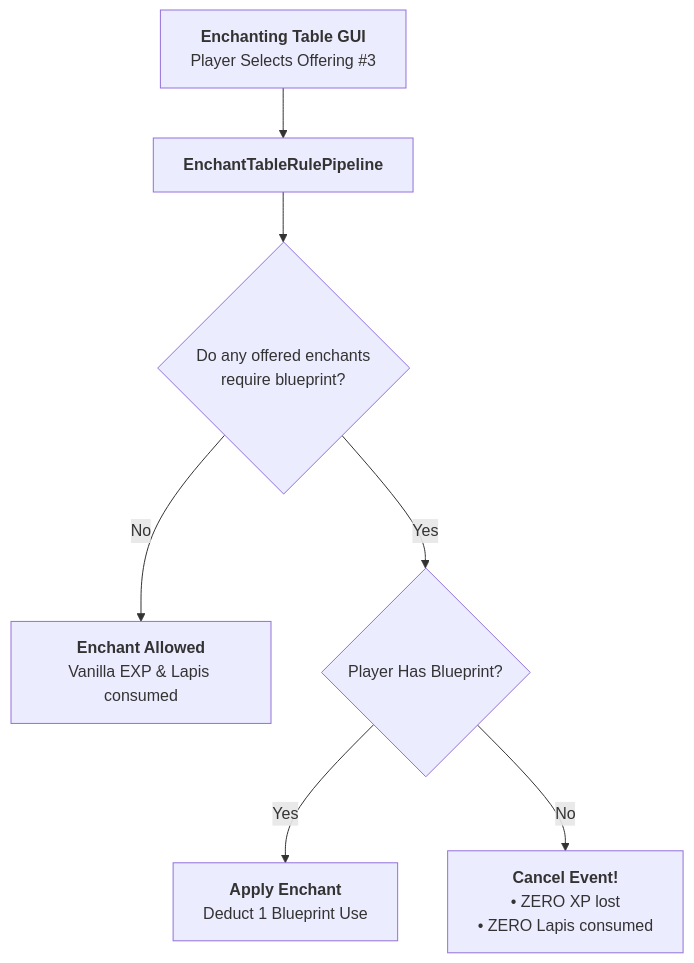
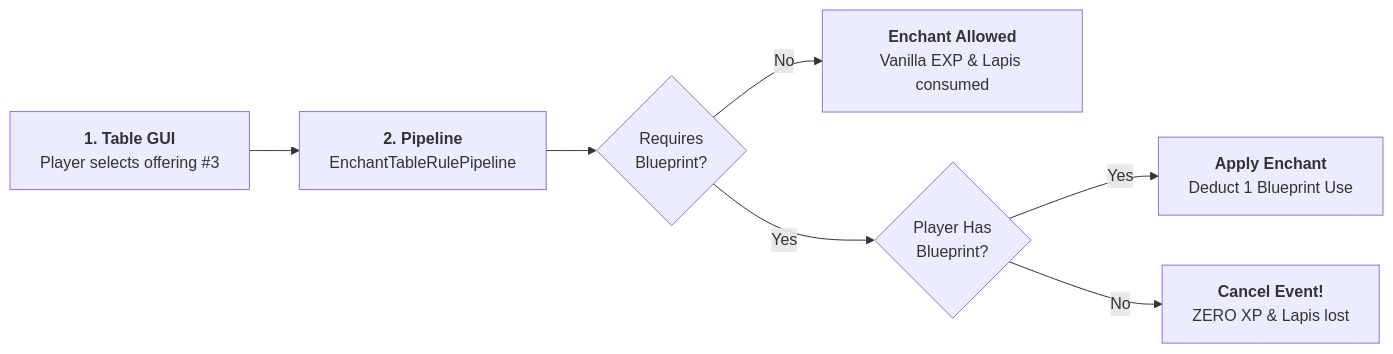
Before and after one commit to XZtotal/CraftingBlueprints-Wiki: the diagram in docs/mechanics/enchanting-and-anvils.md, drawn with Mermaid. The commit also changed 21 other files, not shown here.

Commit message:
style(docs): widen all remaining vertical diagrams to horizontal pipelines and guarantee shadow-DOM centering

````diff
--- a/docs/mechanics/enchanting-and-anvils.md
+++ b/docs/mechanics/enchanting-and-anvils.md
@@ -16,16 +16,8 @@
 ```mermaid
-flowchart TD
-    GUI["<b>Enchanting Table GUI</b><br/>Player Selects Offering #3"]
-    Pipeline["<b>EnchantTableRulePipeline</b>"]
-    Check{"Do any offered enchants<br/>require blueprint?"}
-    Vanilla["<b>Enchant Allowed</b><br/>Vanilla EXP &amp; Lapis consumed"]
-    BPCheck{"Player Has Blueprint?"}
-    Apply["<b>Apply Enchant</b><br/>Deduct 1 Blueprint Use"]
-    Cancel["<b>Cancel Event!</b><br/>• ZERO XP lost<br/>• ZERO Lapis consumed"]
-
-    GUI --> Pipeline --> Check
-    Check -->|No| Vanilla
-    Check -->|Yes| BPCheck
-    BPCheck -->|Yes| Apply
-    BPCheck -->|No| Cancel
+flowchart LR
+    GUI["<b>1. Table GUI</b><br/>Player selects offering #3"] --> Pipeline["<b>2. Pipeline</b><br/>EnchantTableRulePipeline"] --> Check{"Requires<br/>Blueprint?"}
+    Check -->|No| Vanilla["<b>Enchant Allowed</b><br/>Vanilla EXP &amp; Lapis consumed"]
+    Check -->|Yes| BPCheck{"Player Has<br/>Blueprint?"}
+    BPCheck -->|Yes| Apply["<b>Apply Enchant</b><br/>Deduct 1 Blueprint Use"]
+    BPCheck -->|No| Cancel["<b>Cancel Event!</b><br/>ZERO XP &amp; Lapis lost"]
 ```
````
